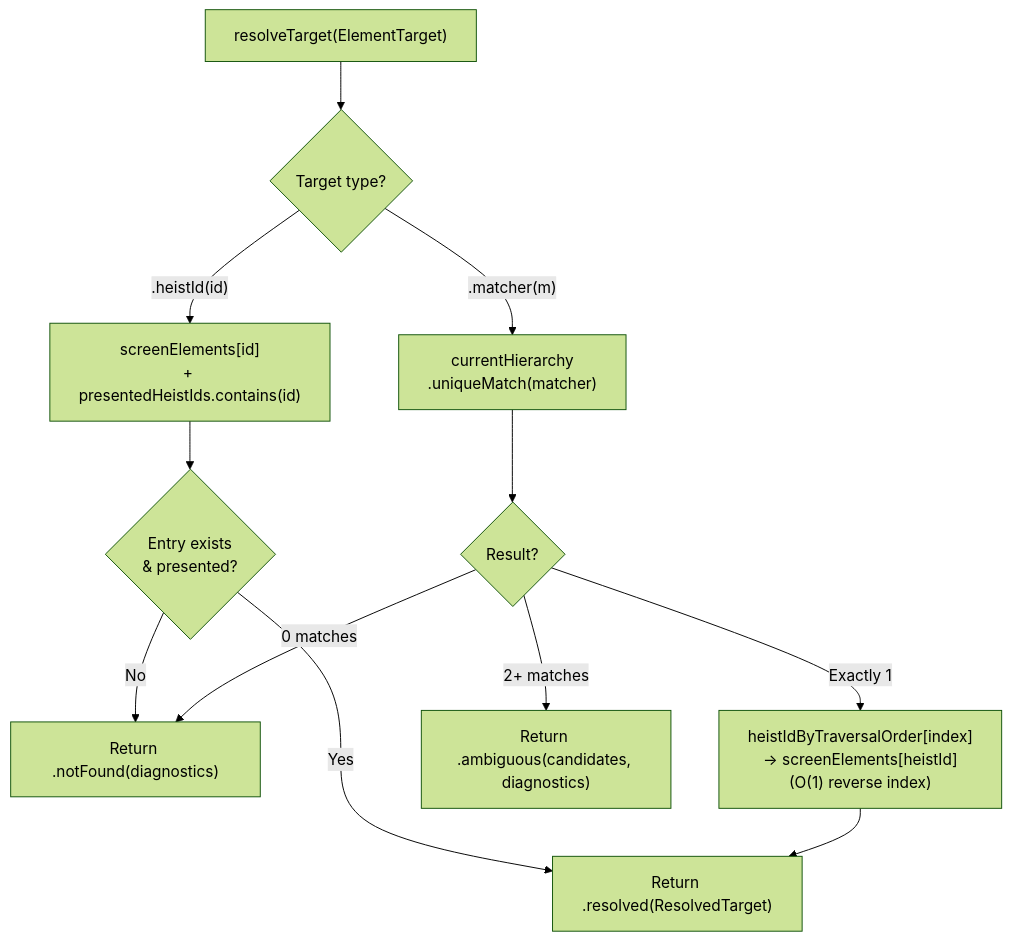
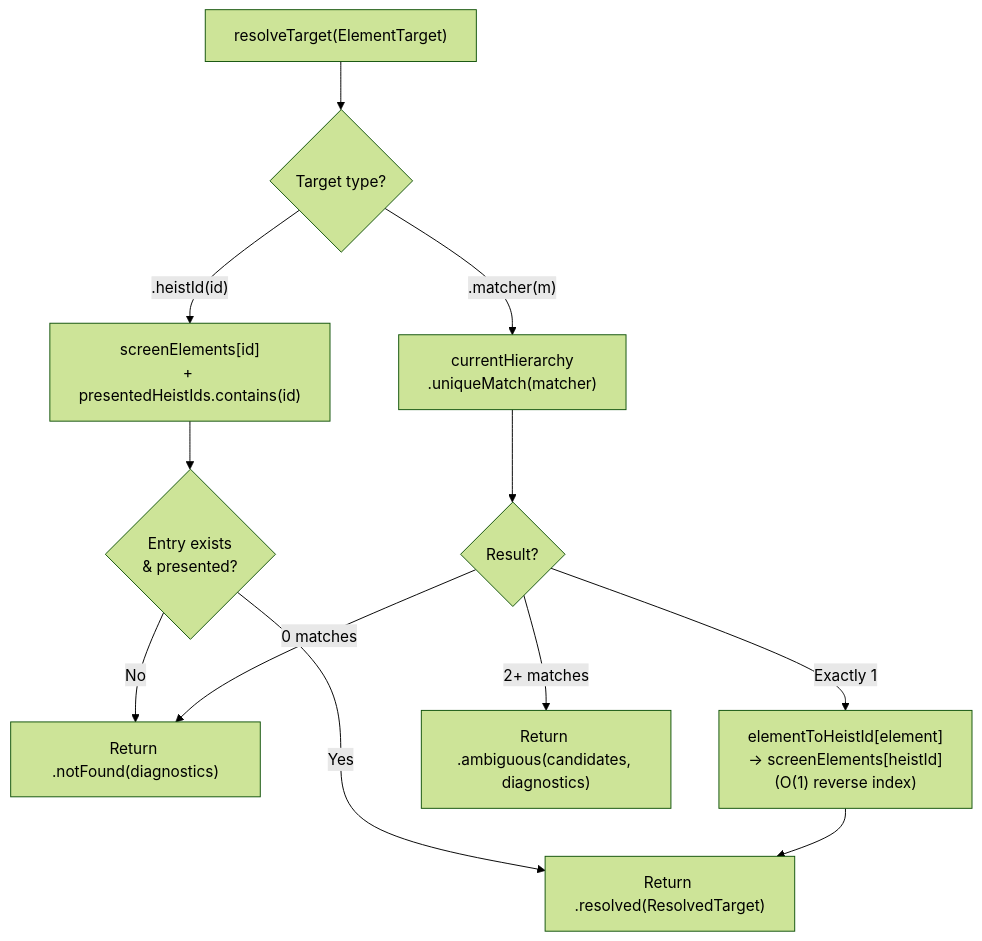
The sixth of 7 diagrams in docs/dossiers/13-THEBAGMAN.md (RoyalPineapple/TheButtonHeist), drawn with Mermaid (forest theme) before and after one commit. The commit also changed other lines of this file and 29 other files, not shown here.

````diff
--- a/docs/dossiers/13-THEBAGMAN.md
+++ b/docs/dossiers/13-THEBAGMAN.md
@@ -167,15 +173,15 @@
 ```mermaid
 flowchart TD
     A["resolveTarget(ElementTarget)"] --> B{Target type?}
     B -->|".heistId(id)"| C["screenElements[id]<br/>+ presentedHeistIds.contains(id)"]
     C --> D{Entry exists<br/>& presented?}
     D -->|Yes| E["Return .resolved(ResolvedTarget)"]
     D -->|No| F["Return .notFound(diagnostics)"]
 
     B -->|".matcher(m)"| G["currentHierarchy<br/>.uniqueMatch(matcher)"]
     G --> H{Result?}
-    H -->|Exactly 1| I["heistIdByTraversalOrder[index]<br/>→ screenElements[heistId]<br/>(O(1) reverse index)"]
+    H -->|Exactly 1| I["elementToHeistId[element]<br/>→ screenElements[heistId]<br/>(O(1) reverse index)"]
     I --> E
     H -->|0 matches| F
     H -->|2+ matches| AMB["Return .ambiguous(candidates, diagnostics)"]
 ```
````
